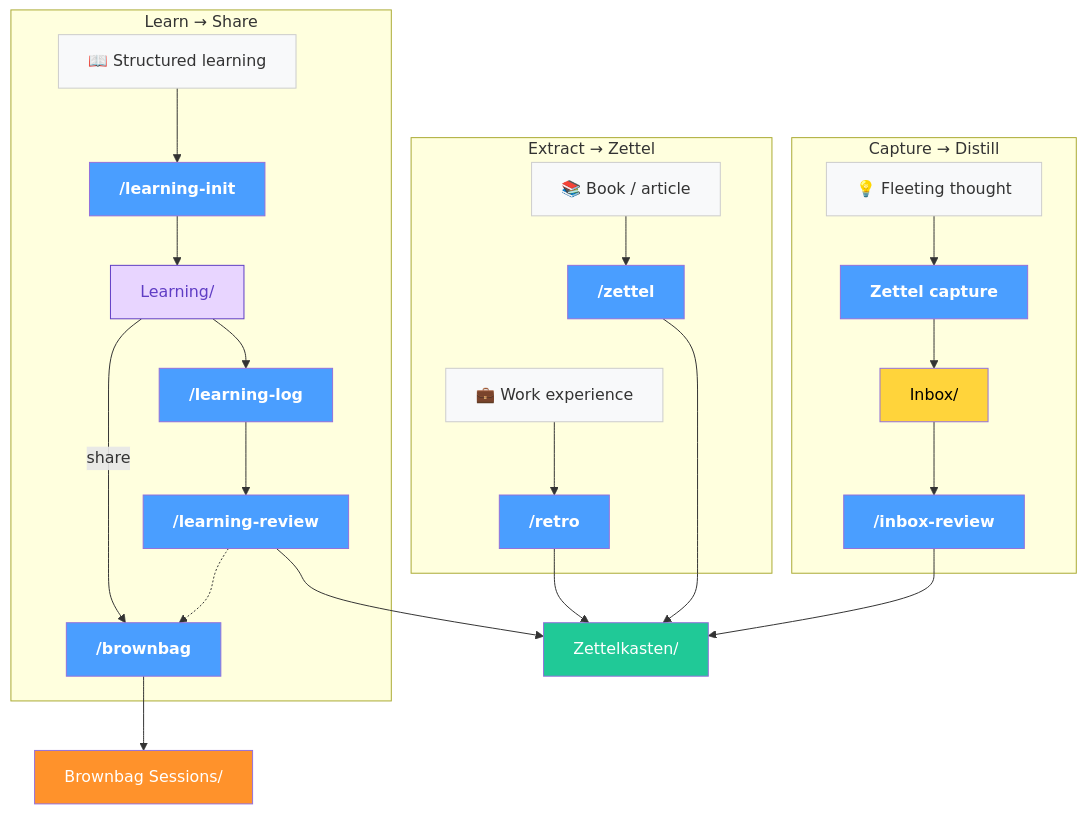
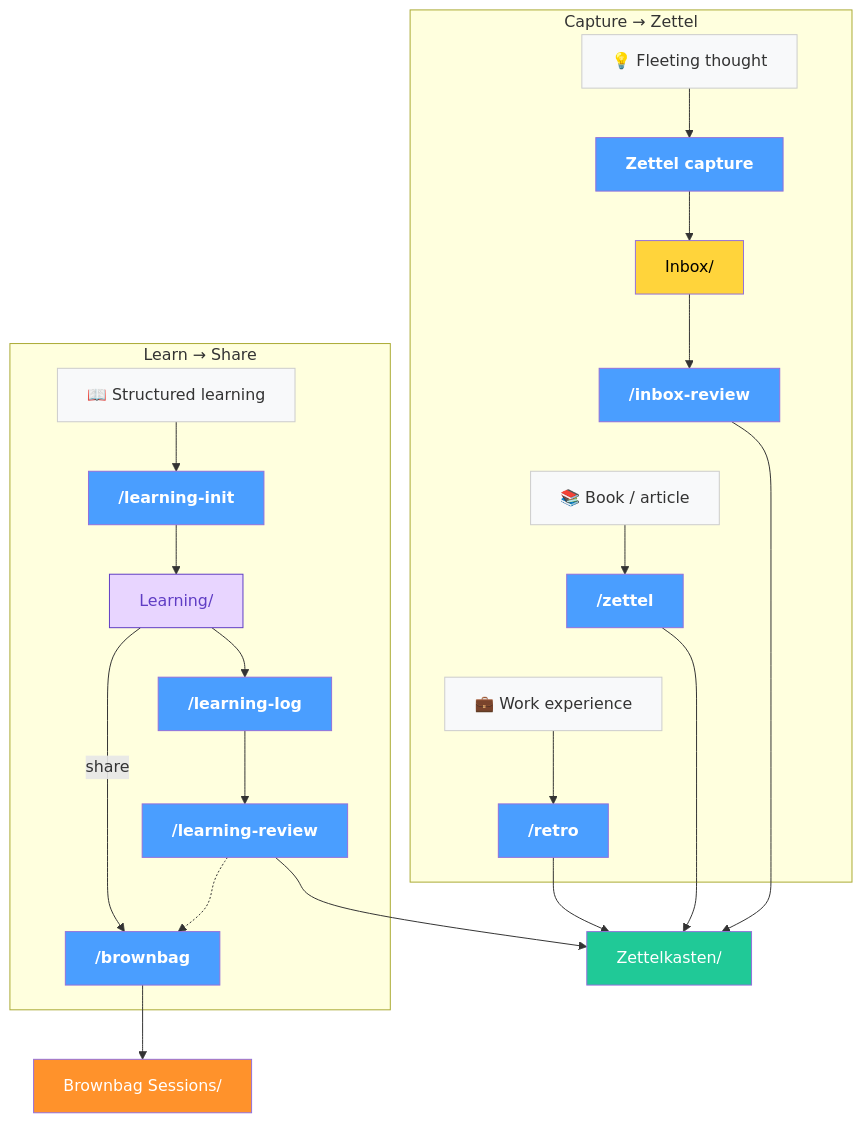
The third of 3 diagrams in README.md (yepengfan/obsidian-workflow), drawn with Mermaid before and after one commit.

Commit message:
Narrow Knowledge Flow diagram by merging capture and extract subgraphs
Combine Capture and Extract into a single "Capture → Zettel" subgraph
since both are about extracting knowledge into permanent notes. Reduces
layout from 3 columns to 2, significantly narrowing the diagram.

````diff
--- a/README.md
+++ b/README.md
@@ -106,37 +106,35 @@
 ```mermaid
 flowchart TD
     classDef cmd fill:#4a9eff,color:#fff,font-weight:bold
     classDef store fill:#20c997,color:#fff
     classDef inbox fill:#ffd43b,color:#000
     classDef source fill:#f8f9fa,color:#333,stroke:#ccc
     classDef plan fill:#e8d5ff,color:#5f3dc4,stroke:#5f3dc4
     classDef output fill:#ff922b,color:#fff
 
-    subgraph capture ["Capture → Distill"]
+    subgraph capture ["Capture → Zettel"]
         THOUGHT["💡 Fleeting thought"]:::source
         THOUGHT --> BTN["Zettel capture"]:::cmd
         BTN --> INBOX["Inbox/"]:::inbox
         INBOX --> IR["/inbox-review"]:::cmd
+        IR ~~~ BOOK["📚 Book / article"]:::source
+        BOOK --> ZT["/zettel"]:::cmd
+        ZT ~~~ WORK_EXP["💼 Work experience"]:::source
+        WORK_EXP --> RT["/retro"]:::cmd
     end
 
     subgraph learn ["Learn → Share"]
         COURSE["📖 Structured learning"]:::source --> LI["/learning-init"]:::cmd
         LI --> PLAN["Learning/"]:::plan
         PLAN --> LL["/learning-log"]:::cmd
         LL --> LR["/learning-review"]:::cmd
         LR -.-> BB["/brownbag"]:::cmd
     end
 
-    subgraph extract ["Extract → Zettel"]
-        BOOK["📚 Book / article"]:::source --> ZT["/zettel"]:::cmd
-        ZT ~~~ WORK_EXP["💼 Work experience"]:::source
-        WORK_EXP --> RT["/retro"]:::cmd
-    end
-
     IR --> ZK["Zettelkasten/"]:::store
     ZT --> ZK
     RT --> ZK
     LR --> ZK
     PLAN -->|share| BB
     BB --> BBS["Brownbag Sessions/"]:::output
 ```
````
